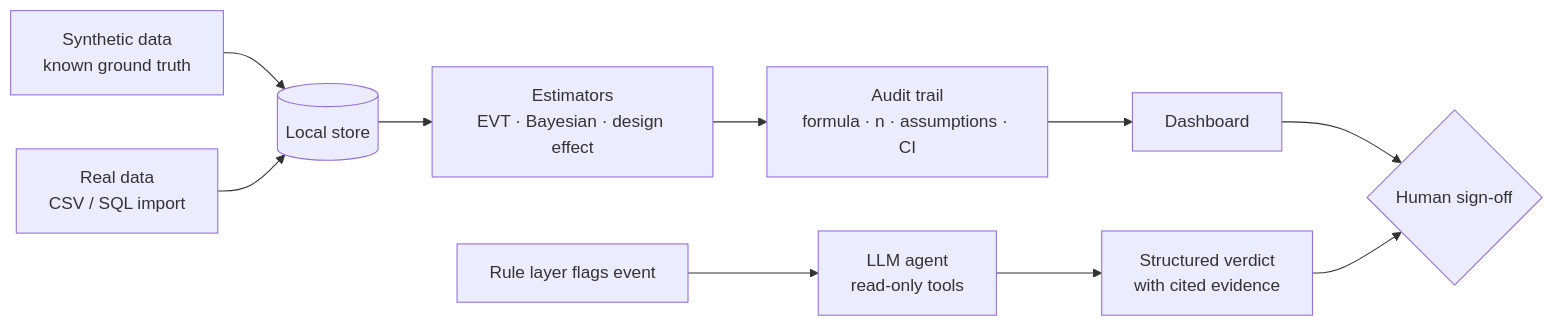
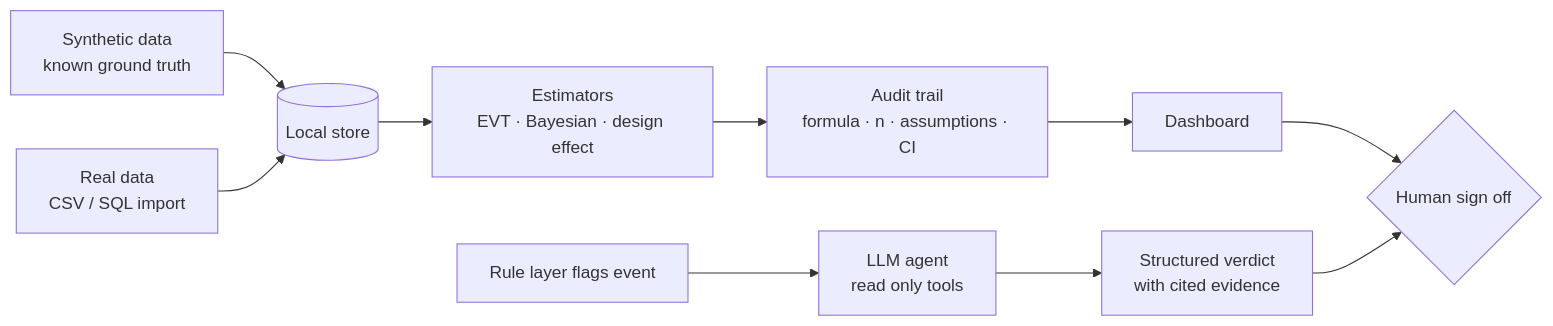
The diagram in README.md (pouriaetab/pouriaetab), drawn with Mermaid before and after one commit. The commit also changed other lines of this file, not shown here.

````diff
--- a/README.md
+++ b/README.md
@@ -79,12 +83,12 @@
 ```mermaid
 flowchart LR
     A[Synthetic data<br/>known ground truth] --> C[(Local store)]
     B[Real data<br/>CSV / SQL import] --> C
     C --> D[Estimators<br/>EVT · Bayesian · design effect]
     D --> E[Audit trail<br/>formula · n · assumptions · CI]
     E --> F[Dashboard]
-    F --> G{Human sign-off}
-    H[Rule layer flags event] --> I[LLM agent<br/>read-only tools]
+    F --> G{Human sign off}
+    H[Rule layer flags event] --> I[LLM agent<br/>read only tools]
     I --> J[Structured verdict<br/>with cited evidence]
     J --> G
 ```
````
